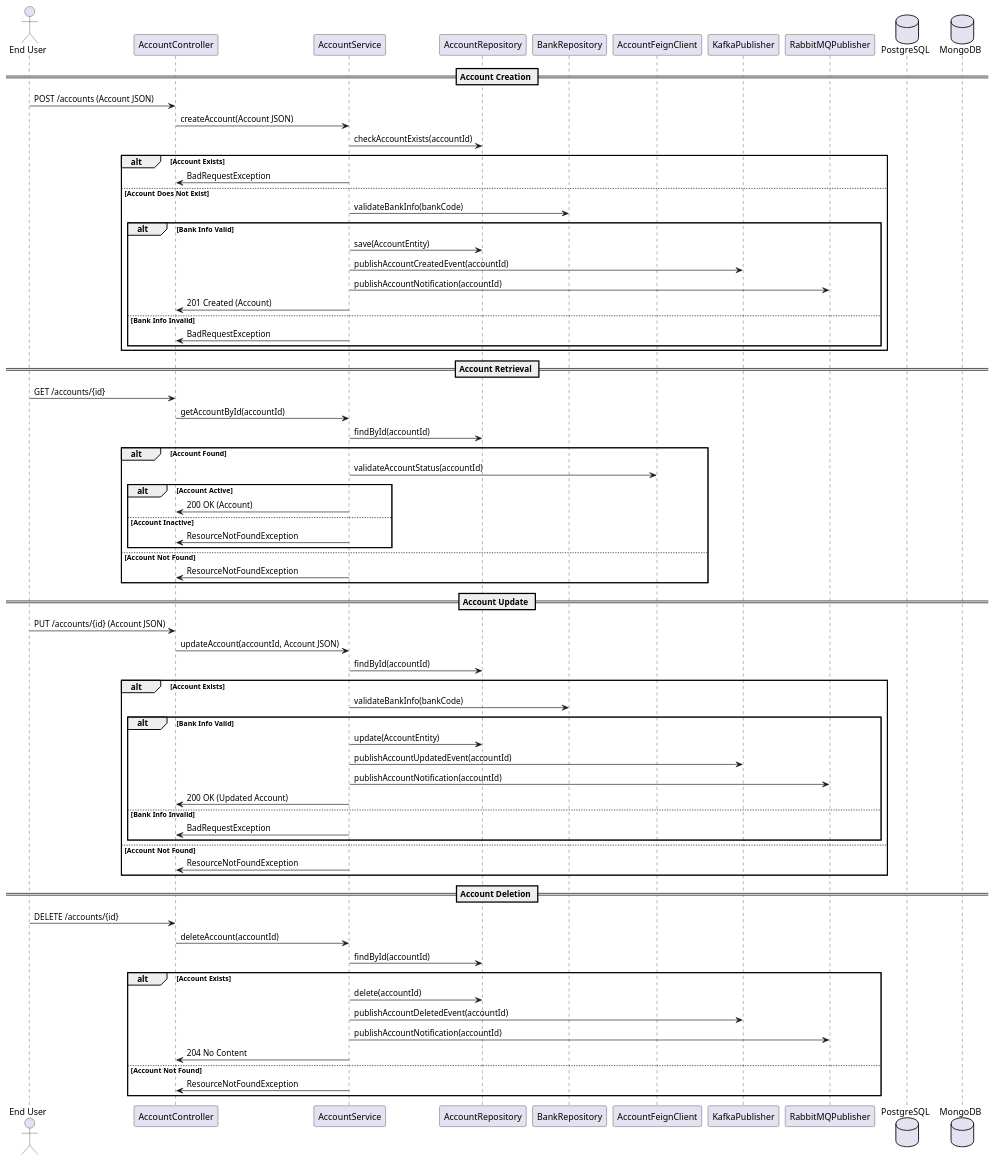
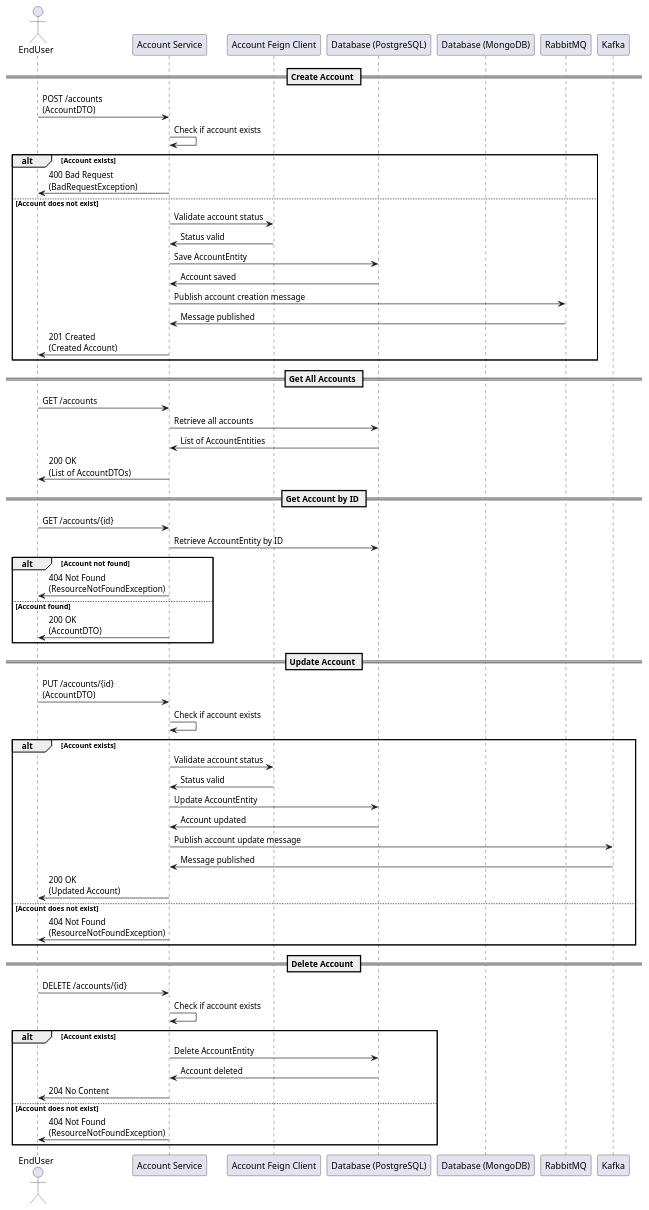
One commit to Bhaskar-Pavan/AccountService changed the diagram in design_document/Account_service.md. Above: the diagram before and after it, drawn with PlantUML. The commit also changed other lines of this file, not shown here.

````diff
--- a/design_document/Account_service.md
+++ b/design_document/Account_service.md
@@ -38,79 +38,67 @@
 ```plantuml
 @startuml
-actor "End User" as User
-participant "AccountController" as Controller
-participant "AccountService" as Service
-participant "AccountRepository" as AccountRepo
-participant "BankRepository" as BankRepo
-participant "AccountFeignClient" as FeignClient
-participant "KafkaPublisher" as Kafka
-participant "RabbitMQPublisher" as RabbitMQ
-database "PostgreSQL" as PostgreSQL
-database "MongoDB" as MongoDB
+actor EndUser
+participant "Account Service" as AccountService
+participant "Account Feign Client" as AccountFeignClient
+participant "Database (PostgreSQL)" as PostgreSQL
+participant "Database (MongoDB)" as MongoDB
+participant "RabbitMQ" as RabbitMQ
+participant "Kafka" as Kafka
 
-== Account Creation ==
-User -> Controller: POST /accounts (Account JSON)
-Controller -> Service: createAccount(Account JSON)
-Service -> AccountRepo: checkAccountExists(accountId)
-alt Account Exists
-    Service -> Controller: BadRequestException
-else Account Does Not Exist
-    Service -> BankRepo: validateBankInfo(bankCode)
-    alt Bank Info Valid
-        Service -> AccountRepo: save(AccountEntity)
-        Service -> Kafka: publishAccountCreatedEvent(accountId)
-        Service -> RabbitMQ: publishAccountNotification(accountId)
-        Service -> Controller: 201 Created (Account)
-    else Bank Info Invalid
-        Service -> Controller: BadRequestException
-    end
+== Create Account ==
+EndUser -> AccountService: POST /accounts\n(AccountDTO)
+AccountService -> AccountService: Check if account exists
+alt Account exists
+    AccountService -> EndUser: 400 Bad Request\n(BadRequestException)
+else Account does not exist
+    AccountService -> AccountFeignClient: Validate account status
+    AccountFeignClient -> AccountService: Status valid
+    AccountService -> PostgreSQL: Save AccountEntity
+    PostgreSQL -> AccountService: Account saved
+    AccountService -> RabbitMQ: Publish account creation message
+    RabbitMQ -> AccountService: Message published
+    AccountService -> EndUser: 201 Created\n(Created Account)
 end
 
-== Account Retrieval ==
-User -> Controller: GET /accounts/{id}
-Controller -> Service: getAccountById(accountId)
-Service -> AccountRepo: findById(accountId)
-alt Account Found
-    Service -> FeignClient: validateAccountStatus(accountId)
-    alt Account Active
-        Service -> Controller: 200 OK (Account)
-    else Account Inactive
-        Service -> Controller: ResourceNotFoundException
-    end
-else Account Not Found
-    Service -> Controller: ResourceNotFoundException
+== Get All Accounts ==
+EndUser -> AccountService: GET /accounts
+AccountService -> PostgreSQL: Retrieve all accounts
+PostgreSQL -> AccountService: List of AccountEntities
+AccountService -> EndUser: 200 OK\n(List of AccountDTOs)
+
+== Get Account by ID ==
+EndUser -> AccountService: GET /accounts/{id}
+AccountService -> PostgreSQL: Retrieve AccountEntity by ID
+alt Account not found
+    AccountService -> EndUser: 404 Not Found\n(ResourceNotFoundException)
+else Account found
+    AccountService -> EndUser: 200 OK\n(AccountDTO)
 end
 
-== Account Update ==
-User -> Controller: PUT /accounts/{id} (Account JSON)
-Controller -> Service: updateAccount(accountId, Account JSON)
-Service -> AccountRepo: findById(accountId)
-alt Account Exists
-    Service -> BankRepo: validateBankInfo(bankCode)
-    alt Bank Info Valid
-        Service -> AccountRepo: update(AccountEntity)
-        Service -> Kafka: publishAccountUpdatedEvent(accountId)
-        Service -> RabbitMQ: publishAccountNotification(accountId)
-        Service -> Controller: 200 OK (Updated Account)
-    else Bank Info Invalid
-        Service -> Controller: BadRequestException
-    end
-else Account Not Found
-    Service -> Controller: ResourceNotFoundException
+== Update Account ==
+EndUser -> AccountService: PUT /accounts/{id}\n(AccountDTO)
+AccountService -> AccountService: Check if account exists
+alt Account exists
+    AccountService -> AccountFeignClient: Validate account status
+    AccountFeignClient -> AccountService: Status valid
+    AccountService -> PostgreSQL: Update AccountEntity
+    PostgreSQL -> AccountService: Account updated
+    AccountService -> Kafka: Publish account update message
+    Kafka -> AccountService: Message published
+    AccountService -> EndUser: 200 OK\n(Updated Account)
+else Account does not exist
+    AccountService -> EndUser: 404 Not Found\n(ResourceNotFoundException)
 end
 
-== Account Deletion ==
-User -> Controller: DELETE /accounts/{id}
-Controller -> Service: deleteAccount(accountId)
-Service -> AccountRepo: findById(accountId)
-alt Account Exists
-    Service -> AccountRepo: delete(accountId)
-    Service -> Kafka: publishAccountDeletedEvent(accountId)
-    Service -> RabbitMQ: publishAccountNotification(accountId)
-    Service -> Controller: 204 No Content
-else Account Not Found
-    Service -> Controller: ResourceNotFoundException
+== Delete Account ==
+EndUser -> AccountService: DELETE /accounts/{id}
+AccountService -> AccountService: Check if account exists
+alt Account exists
+    AccountService -> PostgreSQL: Delete AccountEntity
+    PostgreSQL -> AccountService: Account deleted
+    AccountService -> EndUser: 204 No Content
+else Account does not exist
+    AccountService -> EndUser: 404 Not Found\n(ResourceNotFoundException)
 end
-
 @enduml
 ```
````
